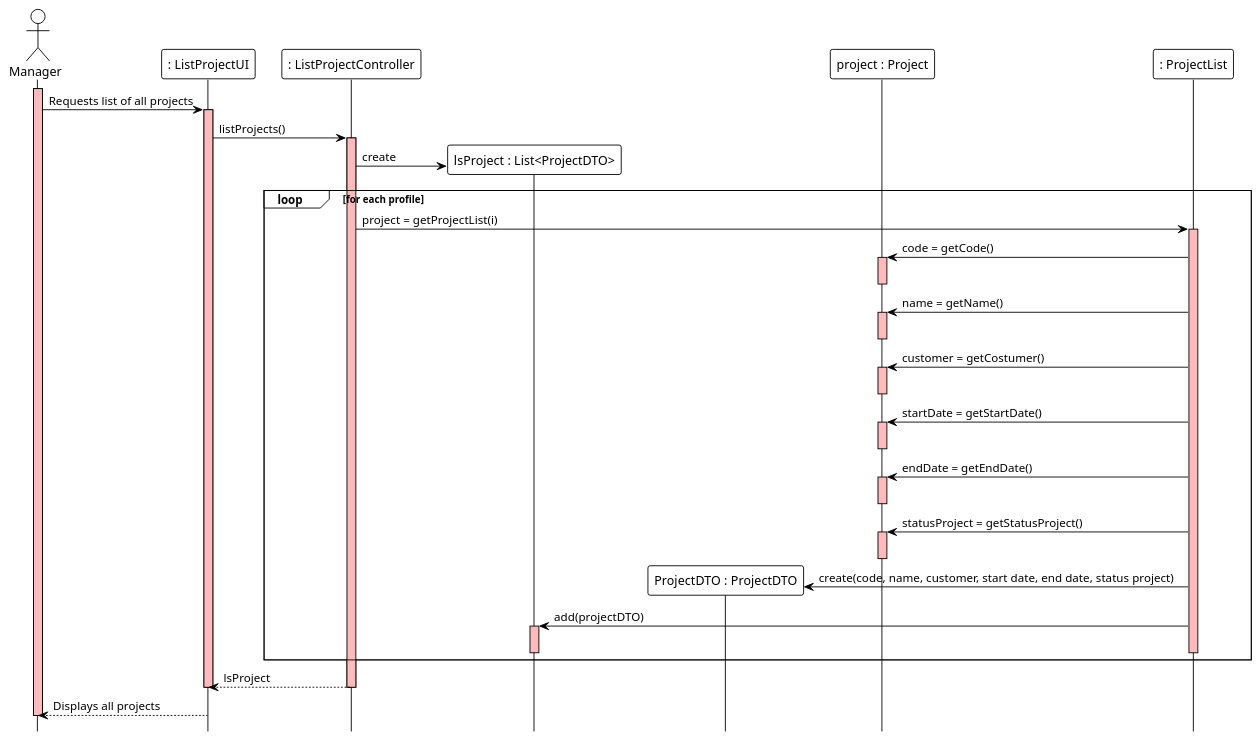
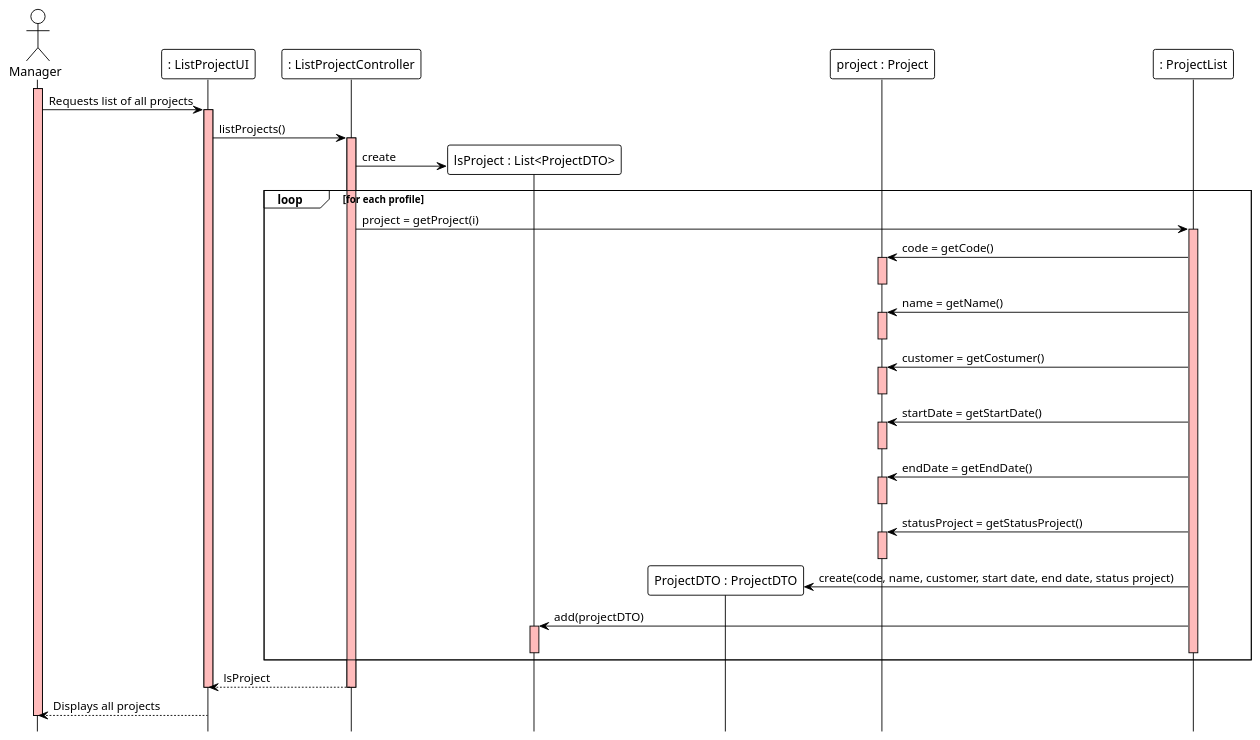
One commit to ivo-menezes/project_g3 changed the diagram in docs/modelling_design/user_stories/us015/US015_ListAllProjectsSD.puml. Above: the diagram before and after it, drawn with PlantUML.

Commit message:
US015: Design: ListAllProjectsSD(update)

```diff
--- a/docs/modelling_design/user_stories/us015/US015_ListAllProjectsSD.puml
+++ b/docs/modelling_design/user_stories/us015/US015_ListAllProjectsSD.puml
@@ -1,59 +1,59 @@
 @startuml
 !theme plain
 hide footbox
 
 actor Manager as Manager
 participant ": ListProjectUI" as UI
 participant ": ListProjectController" as Controller
 participant "lsProject : List<ProjectDTO>" as DTOList
 participant "ProjectDTO : ProjectDTO" as DTO
 participant "project : Project" as project
 
 participant ": ProjectList" as ProjectList
 
 activate Manager #FFBBBB
 Manager ->  UI: Requests list of all projects
 
 activate UI #FFBBBB
 UI -> Controller: listProjects()
 
 activate Controller #FFBBBB
 Controller -> DTOList ** : create
 
 loop for each profile
-Controller -> ProjectList : project = getProjectList(i)
+Controller -> ProjectList : project = getProject(i)
 activate ProjectList #FFBBBB
 ProjectList -> project : code = getCode()
 activate project #FFBBBB
 deactivate project
 ProjectList -> project : name = getName()
 activate project #FFBBBB
 deactivate project
 ProjectList -> project : customer = getCostumer()
 activate project #FFBBBB
 deactivate project
 ProjectList -> project : startDate = getStartDate()
 activate project #FFBBBB
 deactivate project
 ProjectList -> project : endDate = getEndDate()
 activate project #FFBBBB
 deactivate project
 ProjectList -> project : statusProject = getStatusProject()
 activate project #FFBBBB
 deactivate project
 
 ProjectList -> DTO ** : create(code, name, customer, start date, end date, status project)
 
 ProjectList -> DTOList : add(projectDTO)
 activate DTOList #FFBBBB
 deactivate DTOList
 deactivate ProjectList
 end
 
 Controller --> UI : lsProject
 deactivate Controller
 deactivate UI
 
 UI --> Manager: Displays all projects
 deactivate Manager #FFBBBB
 @enduml
```
